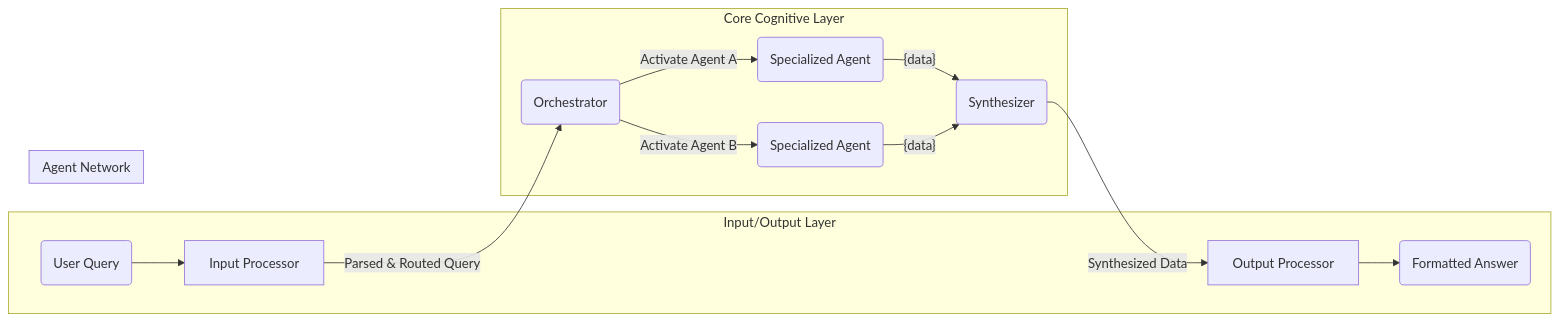
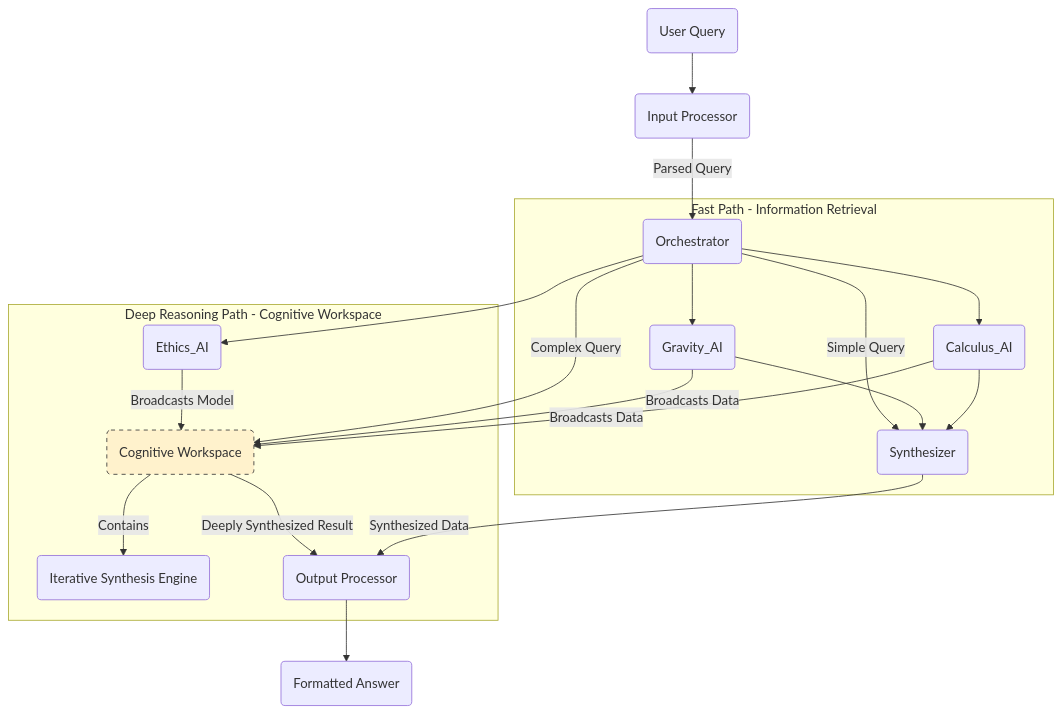
Before and after one commit to Pyramid-Systems-Inc/Myriad-Mind: the diagram in README.md, drawn with Mermaid. The commit also changed other lines of this file and 8 other files, not shown here.

First line of the commit message:
Integrate dual-path processing and Cognitive Workspace

````diff
--- a/README.md
+++ b/README.md
@@ -39,21 +40,29 @@
 ```mermaid
-graph LR
-    subgraph Input/Output Layer
-        UserInput(User Query) --> IP[Input Processor];
-        OP[Output Processor] --> FinalAnswer(Formatted Answer);
+graph TD
+    UserInput(User Query) --> IP(Input Processor);
+    IP -- Parsed Query --> O(Orchestrator);
+
+    subgraph Fast Path - Information Retrieval
+        O -- "Simple Query" --> S(Synthesizer);
+        A1(Gravity_AI) --> S;
+        A2(Calculus_AI) --> S;
     end
 
-    subgraph Core Cognitive Layer
-        IP -- Parsed & Routed Query --> O(Orchestrator);
-        O -- "Activate Agent A" --> A1(Agent A);
-        O -- "Activate Agent B" --> A2(Agent B);
-        A1 -- {data} --> S(Synthesizer);
-        A2 -- {data} --> S;
-        S -- Synthesized Data --> OP;
+    subgraph Deep Reasoning Path - Cognitive Workspace
+        O -- "Complex Query" --> CW(Cognitive Workspace);
+        CW -- Contains --> ISE(Iterative Synthesis Engine);
+        A1 -- "Broadcasts Data" --> CW;
+        A2 -- "Broadcasts Data" --> CW;
+        A3(Ethics_AI) -- "Broadcasts Model" --> CW;
+        CW -- "Deeply Synthesized Result" --> OP(Output Processor);
     end
+    
+    O --> A1;
+    O --> A2;
+    O --> A3;
 
-    subgraph Agent Network
-        A1("Specialized Agent")
-        A2("Specialized Agent")
-    end
+    S -- "Synthesized Data" --> OP;
+    OP --> FinalAnswer(Formatted Answer);
+
+    style CW fill:#fff2cc,stroke:#333,stroke-dasharray: 5 5
 ```
````
